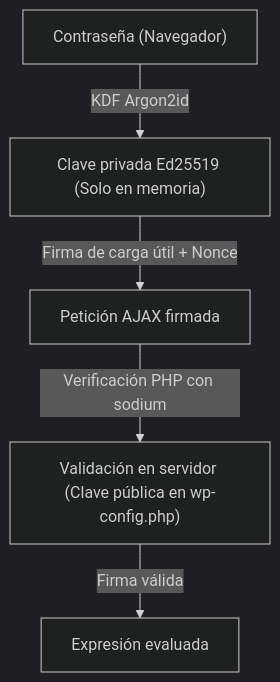
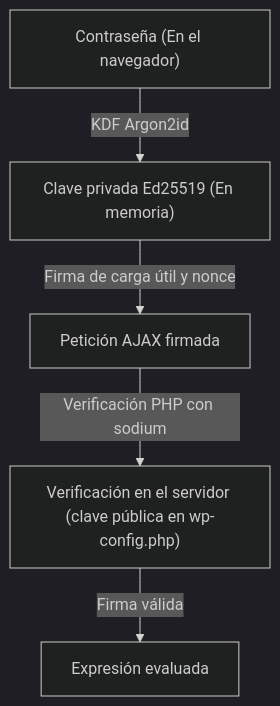
One commit to andersonsalas/expressionlab changed the diagram in docs/i18n/es/docusaurus-plugin-content-docs/current/security/security-and-environment.md. Above: the diagram before and after it, drawn with Mermaid (dark theme). The commit also changed other lines of this file and 1 other file, not shown here.

````diff
--- a/docs/i18n/es/docusaurus-plugin-content-docs/current/security/security-and-environment.md
+++ b/docs/i18n/es/docusaurus-plugin-content-docs/current/security/security-and-environment.md
@@ -24,7 +24,7 @@
 ```mermaid
 graph TD
-    A["Contraseña (Navegador)"] -->|KDF Argon2id| B["Clave privada Ed25519 (Solo en memoria)"]
-    B -->|Firma de carga útil + Nonce| C["Petición AJAX firmada"]
-    C -->|Verificación PHP con sodium| D["Validación en servidor (Clave pública en wp-config.php)"]
+    A["Contraseña (En el navegador)"] -->|KDF Argon2id| B["Clave privada Ed25519 (En memoria)"]
+    B -->|Firma de carga útil y nonce| C["Petición AJAX firmada"]
+    C -->|Verificación PHP con sodium| D["Verificación en el servidor (clave pública en wp-config.php)"]
     D -->|Firma válida| E["Expresión evaluada"]
 ```
````
